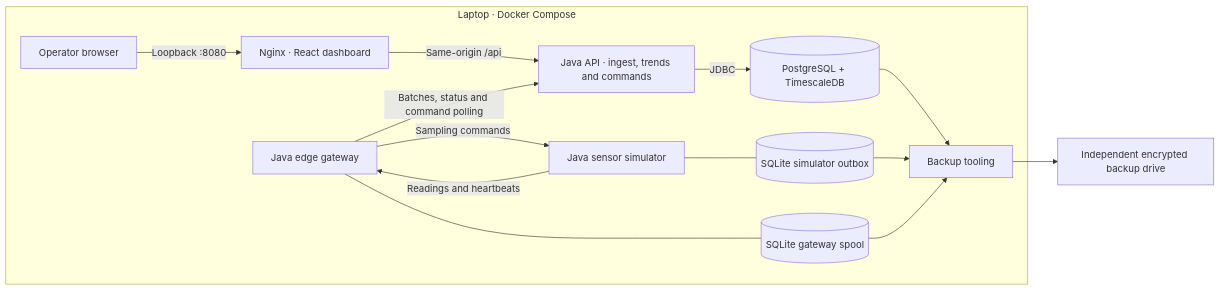
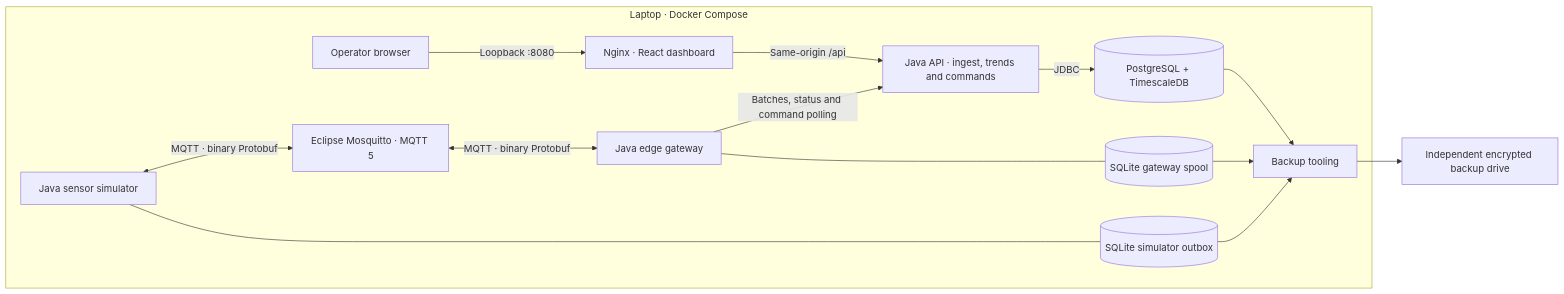
One commit to utkarshmankad/iot-streaming-platform changed the first of 2 diagrams in architecture.md. Above: the diagram before and after it, drawn with Mermaid. The commit also changed other lines of this file and 1 other file, not shown here.

Commit message:
docs: specify MQTT telemetry and staged recovery

````diff
--- a/architecture.md
+++ b/architecture.md
@@ -9,27 +9,28 @@
 ```mermaid
 flowchart LR
   User["Operator browser"]
   Vault["Independent encrypted backup drive"]
   subgraph Laptop["Laptop · Docker Compose"]
     Web["Nginx · React dashboard"]
     API["Java API · ingest, trends and commands"]
     DB[("PostgreSQL + TimescaleDB")]
     Edge["Java edge gateway"]
     Sim["Java sensor simulator"]
     Outbox[("SQLite simulator outbox")]
     Spool[("SQLite gateway spool")]
     Backup["Backup tooling"]
     User -->|"Loopback :8080"| Web
     Web -->|"Same-origin /api"| API
-    Sim -->|"Readings and heartbeats"| Edge
+    Broker["Eclipse Mosquitto · MQTT 5"]
+    Sim <-->|"MQTT · binary Protobuf"| Broker
+    Broker <-->|"MQTT · binary Protobuf"| Edge
     Edge -->|"Batches, status and command polling"| API
-    Edge -->|"Sampling commands"| Sim
     API -->|"JDBC"| DB
     Sim --- Outbox
     Edge --- Spool
     DB --> Backup
     Outbox --> Backup
     Spool --> Backup
   end
   Backup --> Vault
 ```
````
